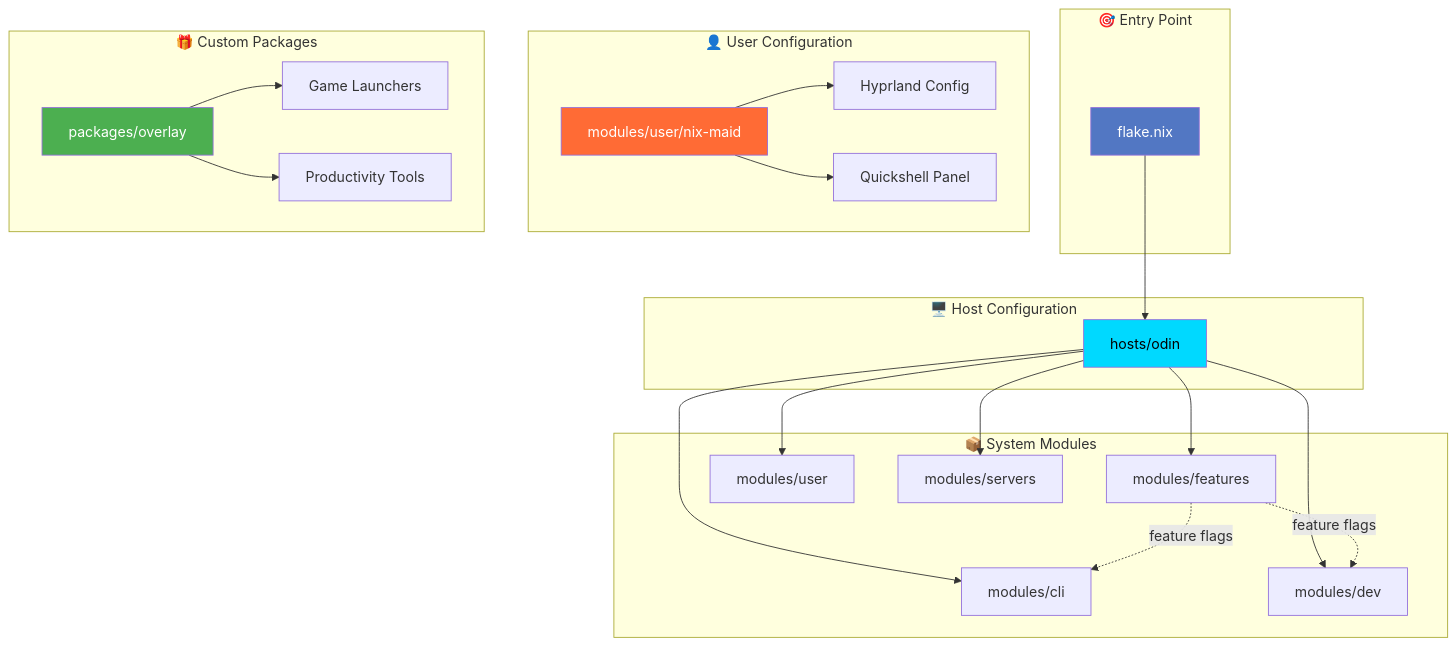
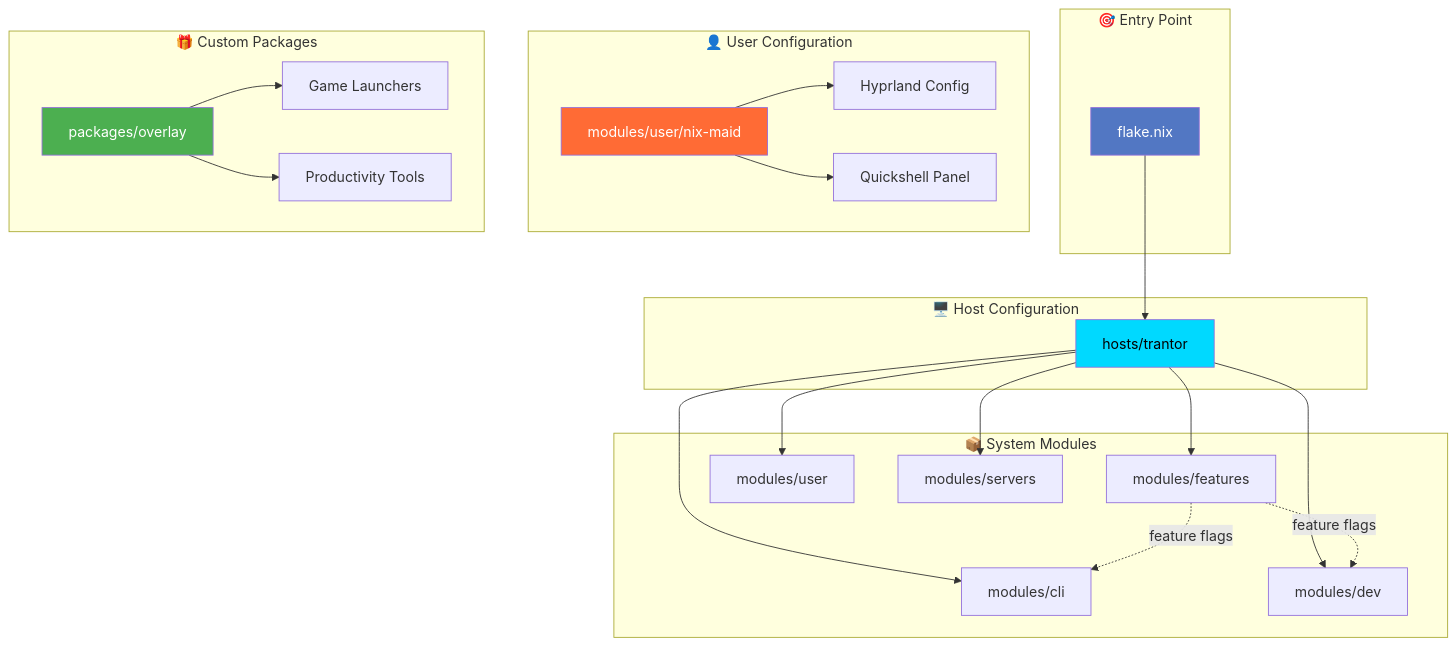
The first of 5 diagrams in README.md (neg-serg/nixos-config), drawn with Mermaid before and after one commit. The commit also changed other lines of this file and 84 other files, not shown here.

First line of the commit message:
[hosts] Rename the host odin to trantor

````diff
--- a/README.md
+++ b/README.md
@@ -99,48 +99,48 @@
 ```mermaid
 graph TB
     subgraph "🎯 Entry Point"
         A[flake.nix]
     end
     
     subgraph "🖥️ Host Configuration"
-        B[hosts/odin]
+        B[hosts/trantor]
     end
     
     subgraph "📦 System Modules"
         C[modules/features]
         D[modules/cli]
         E[modules/dev]
         F[modules/user]
         G[modules/servers]
     end
     
     subgraph "👤 User Configuration"
         H[modules/user/nix-maid]
         I[Hyprland Config]
         J[Quickshell Panel]
     end
     
     subgraph "🎁 Custom Packages"
         K[packages/overlay]
         L[Game Launchers]
         M[Productivity Tools]
     end
     
     A --> B
     B --> C
     B --> D
     B --> E
     B --> F
     B --> G
     H --> I
     H --> J
     C -.feature flags.-> D
     C -.feature flags.-> E
     K --> L
     K --> M
     
     style A fill:#5277C3,color:#fff
     style B fill:#00D9FF,color:#000
     style H fill:#FF6B35,color:#fff
     style K fill:#4CAF50,color:#fff
 ```
````
